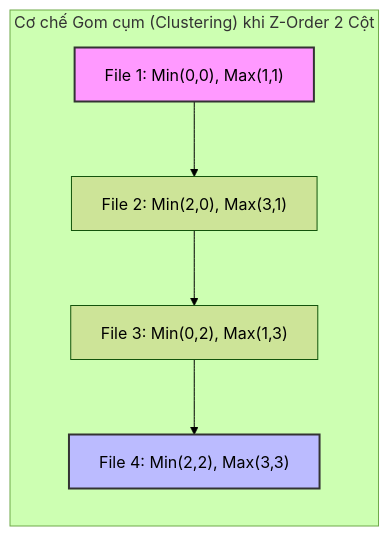
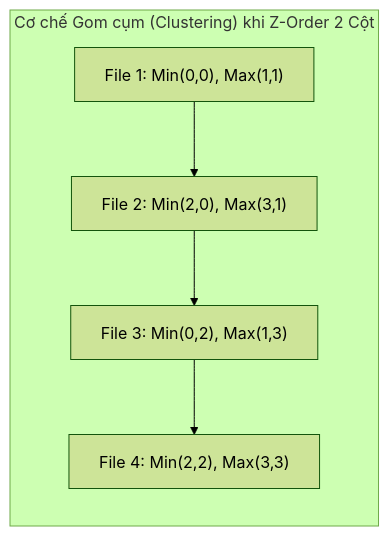
Before and after one commit to kythuatdulieu/kythuatdulieu.github.io: the diagram in src/content/docs/concepts/3-storage-engines-formats/z-order-deep-dive.md, drawn with Mermaid (forest theme). The commit also changed 682 other files, not shown here.

````diff
--- a/src/content/docs/concepts/3-storage-engines-formats/z-order-deep-dive.md
+++ b/src/content/docs/concepts/3-storage-engines-formats/z-order-deep-dive.md
@@ -49,12 +49,11 @@
 ```mermaid
 graph TD
     subgraph space2d["Cơ chế Gom cụm (Clustering) khi Z-Order 2 Cột"]
     direction TB
     A["File 1: Min(0,0), Max(1,1)"] --> B["File 2: Min(2,0), Max(3,1)"]
     B --> C["File 3: Min(0,2), Max(1,3)"]
     C --> D["File 4: Min(2,2), Max(3,3)"]
     end
-    
-    style A fill:#f9f,stroke:#333,stroke-width:2px
-    style D fill:#bbf,stroke:#333,stroke-width:2px
+
+
 ```
````
